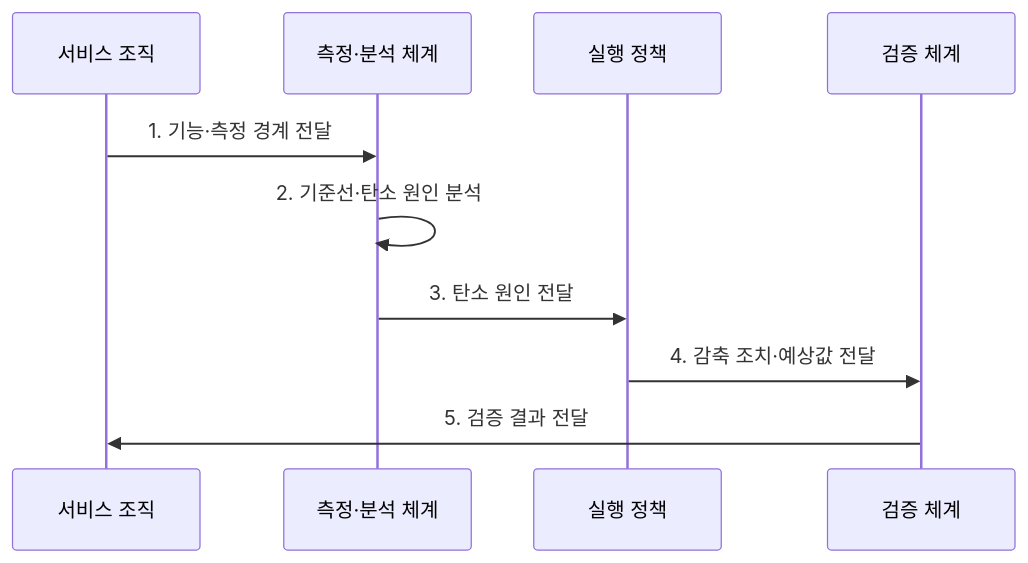
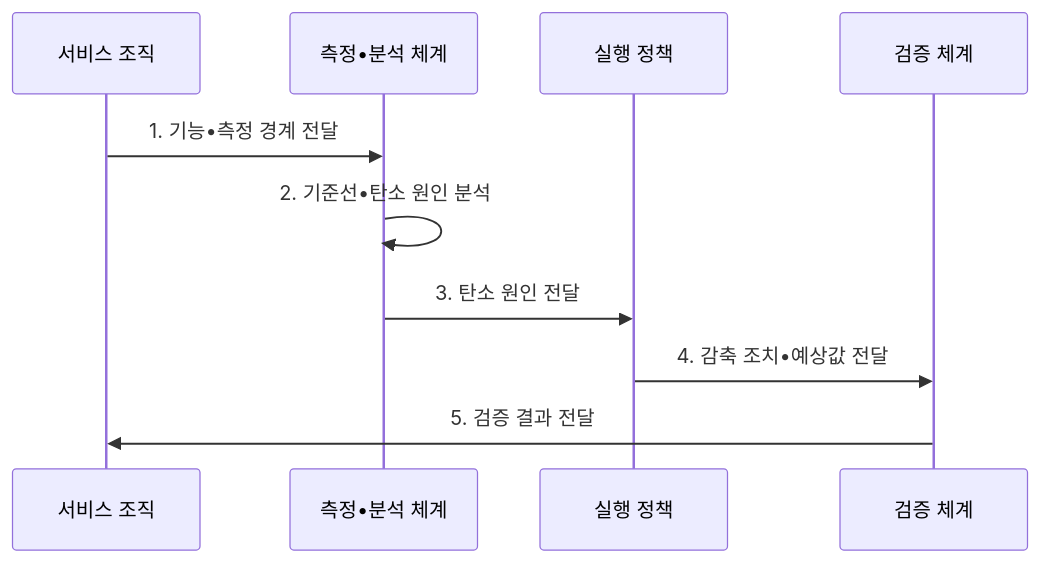
The second of 2 diagrams in src/content/docs/notes/08-latest-tech/196_green_software.md (agnusdei1207/knowledge-base), drawn with Mermaid before and after one commit. The commit also changed other lines of this file and 953 other files, not shown here.

````diff
--- a/src/content/docs/notes/08-latest-tech/196_green_software.md
+++ b/src/content/docs/notes/08-latest-tech/196_green_software.md
@@ -104,12 +104,12 @@
 ```mermaid
 sequenceDiagram
   participant O as 서비스 조직
-    participant M as 측정·분석 체계
+    participant M as 측정•분석 체계
   participant P as 실행 정책
   participant V as 검증 체계
-  O->>M: 1. 기능·측정 경계 전달
-    M->>M: 2. 기준선·탄소 원인 분석
+  O->>M: 1. 기능•측정 경계 전달
+    M->>M: 2. 기준선•탄소 원인 분석
     M->>P: 3. 탄소 원인 전달
-  P->>V: 4. 감축 조치·예상값 전달
+  P->>V: 4. 감축 조치•예상값 전달
   V->>O: 5. 검증 결과 전달
 ```
````
